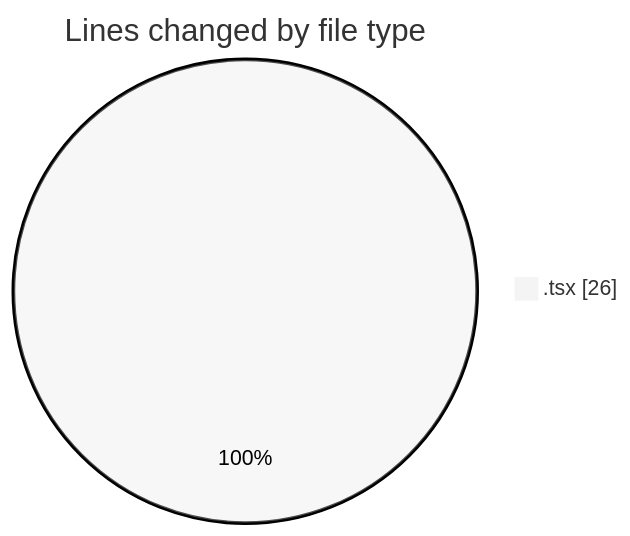
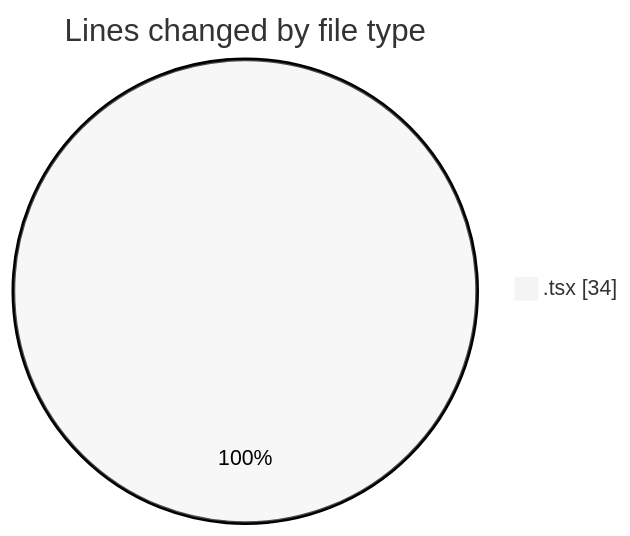
Before and after one commit to momahboobian/code-tracking: the first of 2 diagrams in 2025-09-18/cda/README.md, drawn with Mermaid (neutral theme). The commit also changed other lines of this file and 1 other file, not shown here.

````diff
--- a/2025-09-18/cda/README.md
+++ b/2025-09-18/cda/README.md
@@ -20,5 +21,5 @@
 ```mermaid
 pie showData
 title Lines changed by file type
-".tsx" : 26
+".tsx" : 34
 ```
````
